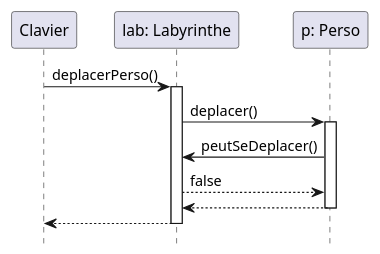
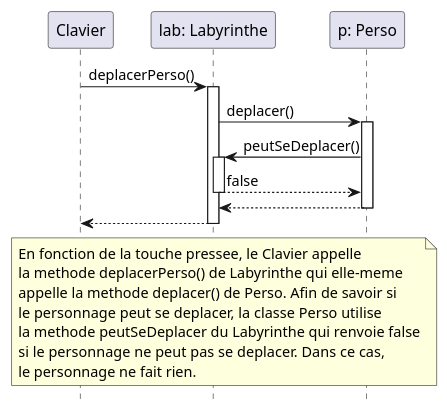
One commit to Erwanquilliou/2024_Zeldiablo_quilliou2u_leveque58u changed the diagram in zeldiablo/documents/version_1/diagseq_deplacerDansMur.puml. Above: the diagram before and after it, drawn with PlantUML. The commit also changed 3 other files, not shown here.

Commit message:
diagramme sequence v1 description finie

```diff
--- a/zeldiablo/documents/version_1/diagseq_deplacerDansMur.puml
+++ b/zeldiablo/documents/version_1/diagseq_deplacerDansMur.puml
@@ -1,19 +1,32 @@
 @startuml
 hide footbox
 
 participant "Clavier" as c
 participant "lab: Labyrinthe" as l
 participant "p: Perso" as p
 
 
-    c -> l : deplacerPerso()
-    activate l
+c -> l : deplacerPerso()
+activate l
     l -> p : deplacer()
     activate p
-    p -> l : peutSeDeplacer()
-    l --> p : false
-    p --> l
+        p -> l : peutSeDeplacer()
+        activate l
+            l --> p : false
+        deactivate l
+        p --> l
     deactivate p
     l--> c
-    deactivate l
+deactivate l
+
+note across
+En fonction de la touche pressee, le Clavier appelle
+la methode deplacerPerso() de Labyrinthe qui elle-meme
+appelle la methode deplacer() de Perso. Afin de savoir si
+le personnage peut se deplacer, la classe Perso utilise
+la methode peutSeDeplacer du Labyrinthe qui renvoie false
+si le personnage ne peut pas se deplacer. Dans ce cas,
+le personnage ne fait rien.
+end note
+
 @enduml
```
